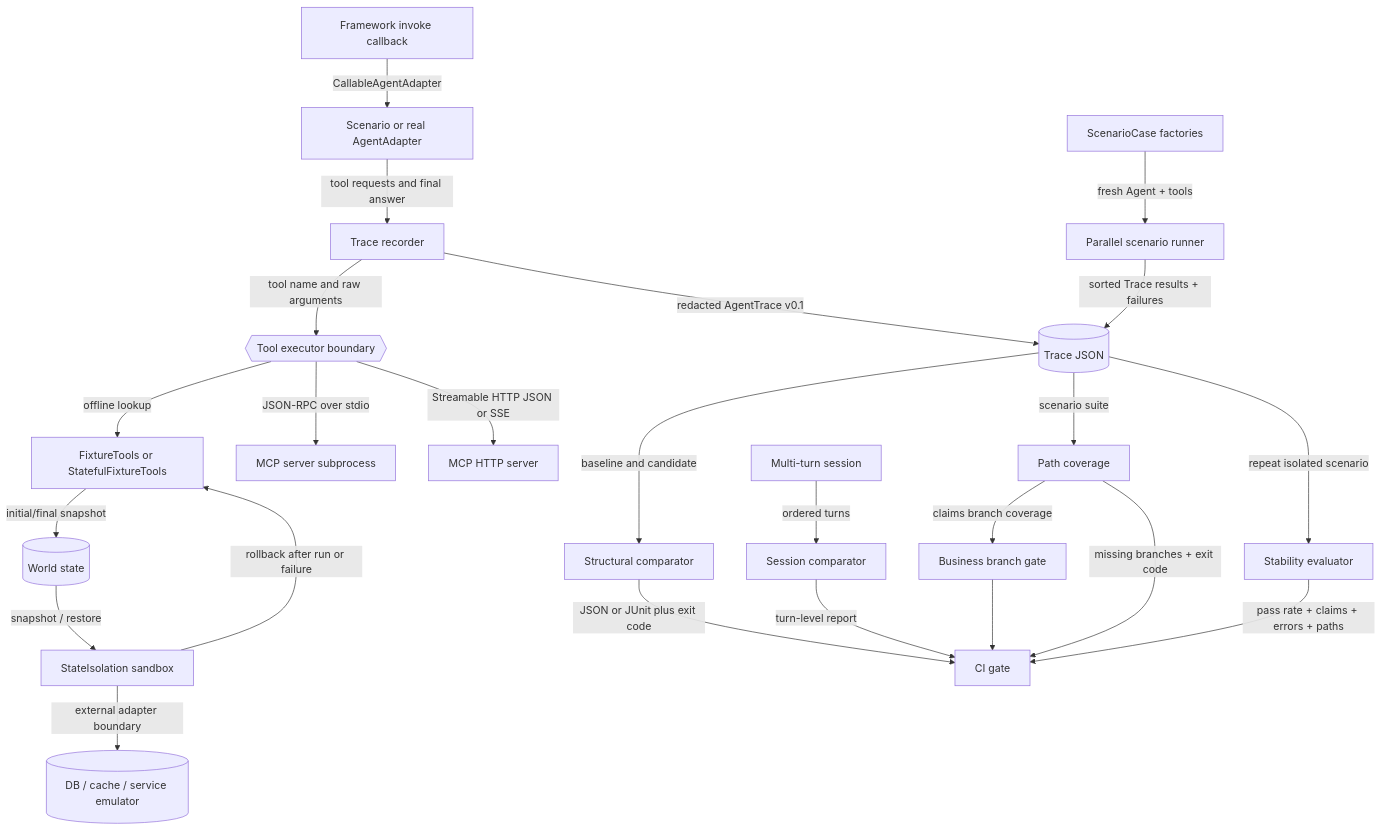
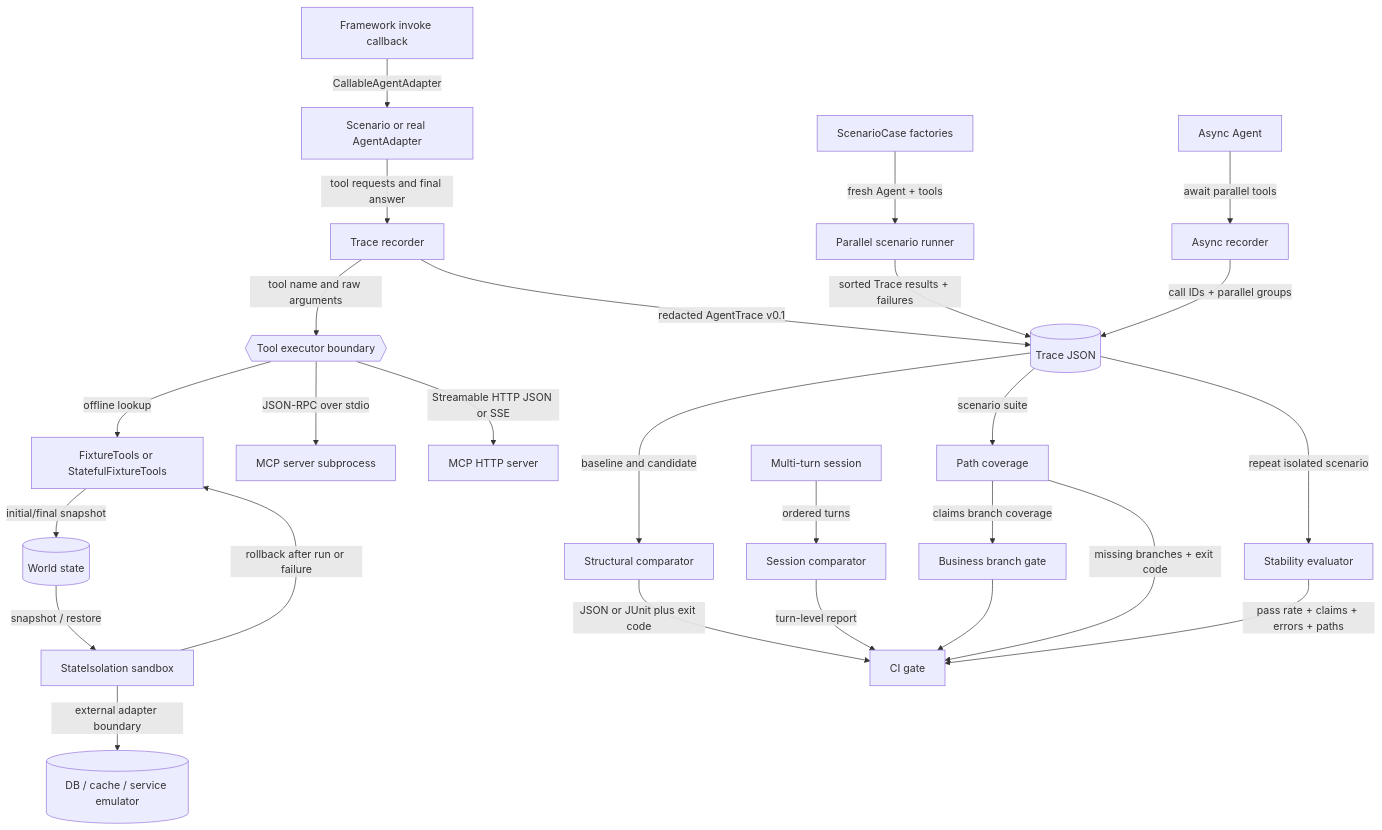
The first of 3 diagrams in docs/architecture.md (ANTAO94/agent-regression-kit), drawn with Mermaid before and after one commit. The commit also changed other lines of this file and 19 other files, not shown here.

Commit message:
feat: add v2.9 async parallel traces

````diff
--- a/docs/architecture.md
+++ b/docs/architecture.md
@@ -5,26 +5,28 @@
 ```mermaid
 flowchart TD
     Scenario[Scenario or real AgentAdapter] -->|tool requests and final answer| Recorder[Trace recorder]
     Framework[Framework invoke callback] -->|CallableAgentAdapter| Scenario
     Recorder -->|tool name and raw arguments| Executor{{Tool executor boundary}}
     Executor -->|offline lookup| Fixture[FixtureTools or StatefulFixtureTools]
     Fixture -->|initial/final snapshot| World[(World state)]
     World -->|snapshot / restore| Isolation[StateIsolation sandbox]
     Isolation -->|rollback after run or failure| Fixture
     Isolation -->|external adapter boundary| External[(DB / cache / service emulator)]
     Executor -->|JSON-RPC over stdio| MCP[MCP server subprocess]
     Executor -->|Streamable HTTP JSON or SSE| HTTP[MCP HTTP server]
     Recorder -->|redacted AgentTrace v0.1| Trace[(Trace JSON)]
     Trace -->|baseline and candidate| Compare[Structural comparator]
     Compare -->|JSON or JUnit plus exit code| CI[CI gate]
     Session[Multi-turn session] -->|ordered turns| SessionCompare[Session comparator]
     SessionCompare -->|turn-level report| CI
     Coverage -->|claims branch coverage| BusinessGate[Business branch gate]
     BusinessGate --> CI
     Trace -->|scenario suite| Coverage[Path coverage]
     Coverage -->|missing branches + exit code| CI
     Suite[ScenarioCase factories] -->|fresh Agent + tools| Parallel[Parallel scenario runner]
     Parallel -->|sorted Trace results + failures| Trace
     Trace -->|repeat isolated scenario| Stability[Stability evaluator]
     Stability -->|pass rate + claims + errors + paths| CI
+    AsyncAgent[Async Agent] -->|await parallel tools| AsyncRecorder[Async recorder]
+    AsyncRecorder -->|call IDs + parallel groups| Trace
 ```
````
